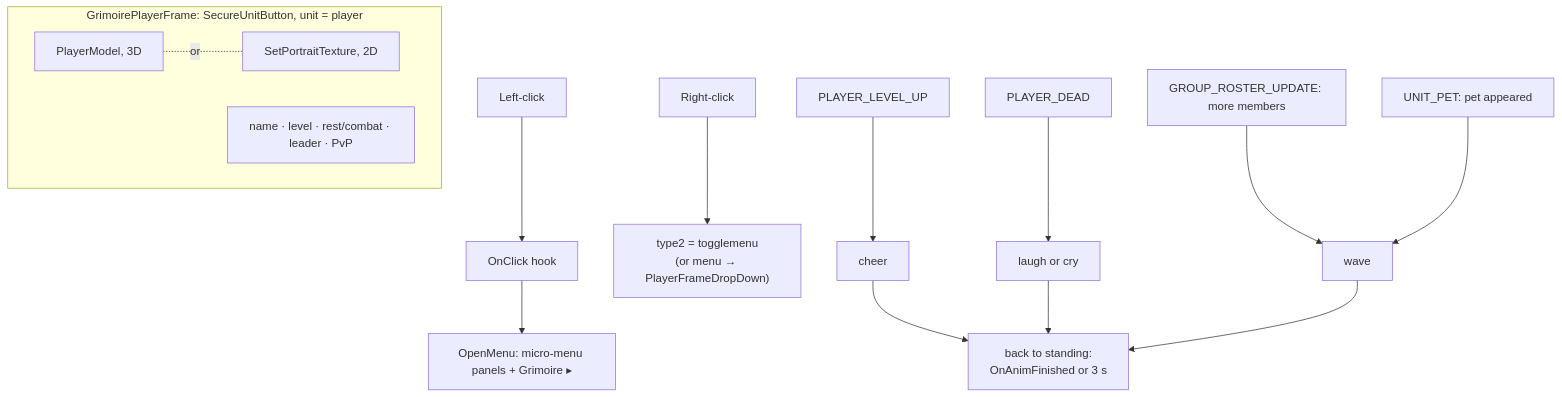
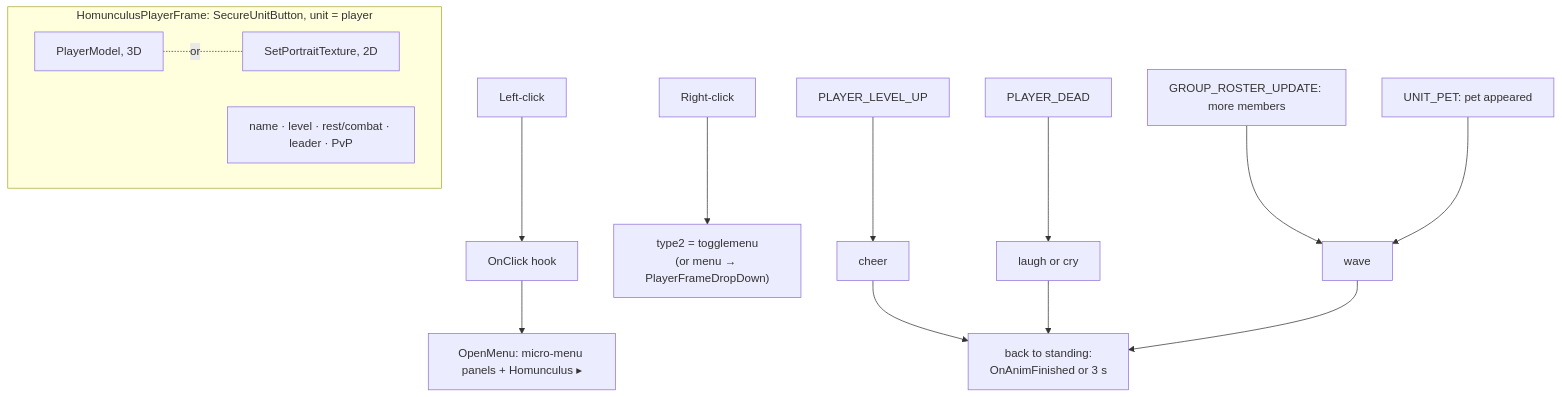
One commit to PhillypHenning/grimoire changed the second of 2 diagrams in docs/features/player-frame/README.md. Above: the diagram before and after it, drawn with Mermaid. The commit also changed other lines of this file and 178 other files, not shown here.

First line of the commit message:
Rename the suite from Grimoire to Homunculus (ADR 0010)

````diff
--- a/docs/features/player-frame/README.md
+++ b/docs/features/player-frame/README.md
@@ -24,14 +24,14 @@
 ```mermaid
 flowchart TD
-    subgraph Frame[GrimoirePlayerFrame: SecureUnitButton, unit = player]
+    subgraph Frame[HomunculusPlayerFrame: SecureUnitButton, unit = player]
         Model[PlayerModel, 3D] -.or.- Tex[SetPortraitTexture, 2D]
         Overlay[name · level · rest/combat · leader · PvP]
     end
-    L[Left-click] --> Hook[OnClick hook] --> Menu["OpenMenu: micro-menu panels + Grimoire ▸"]
+    L[Left-click] --> Hook[OnClick hook] --> Menu["OpenMenu: micro-menu panels + Homunculus ▸"]
     R[Right-click] --> Secure["type2 = togglemenu<br/>(or menu → PlayerFrameDropDown)"]
     LU[PLAYER_LEVEL_UP] --> Cheer[cheer]
     PD[PLAYER_DEAD] --> LC[laugh or cry]
     GR[GROUP_ROSTER_UPDATE: more members] --> Wave[wave]
     UP[UNIT_PET: pet appeared] --> Wave
     Cheer & LC & Wave --> Stand[back to standing:<br/>OnAnimFinished or 3 s]
 ```
````
